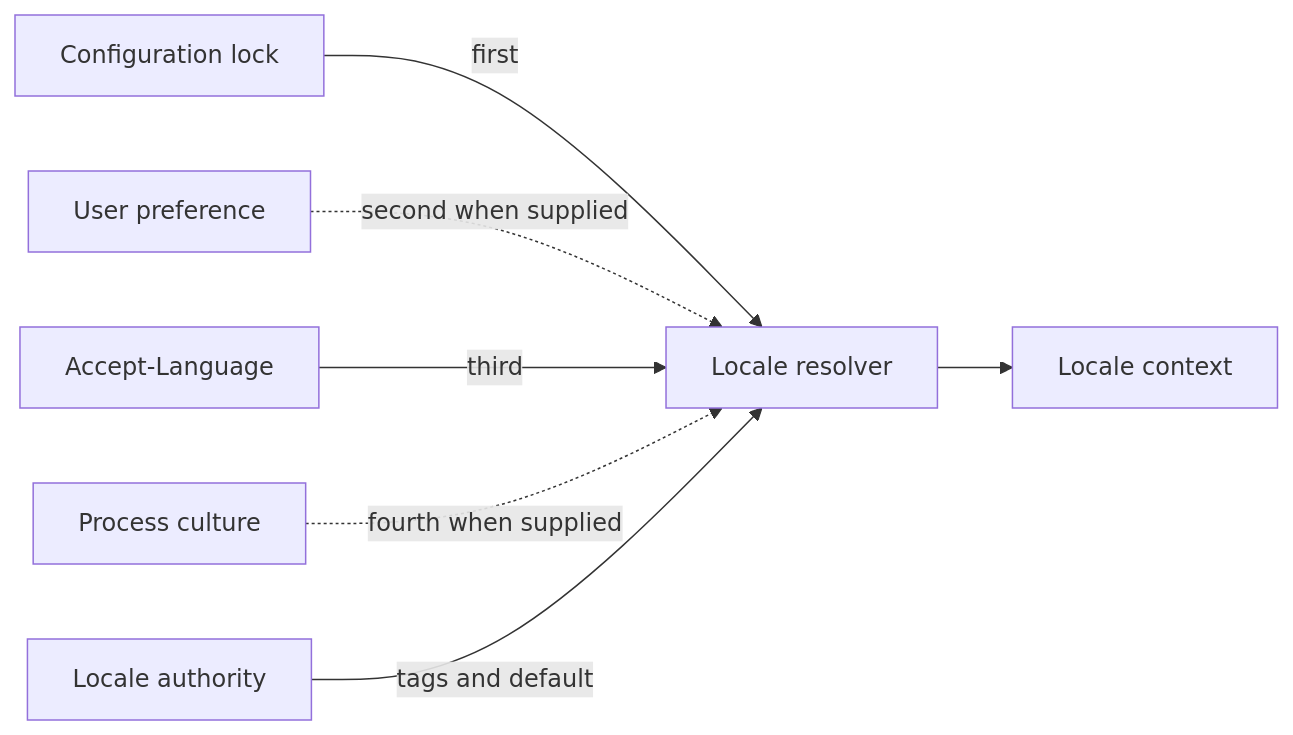
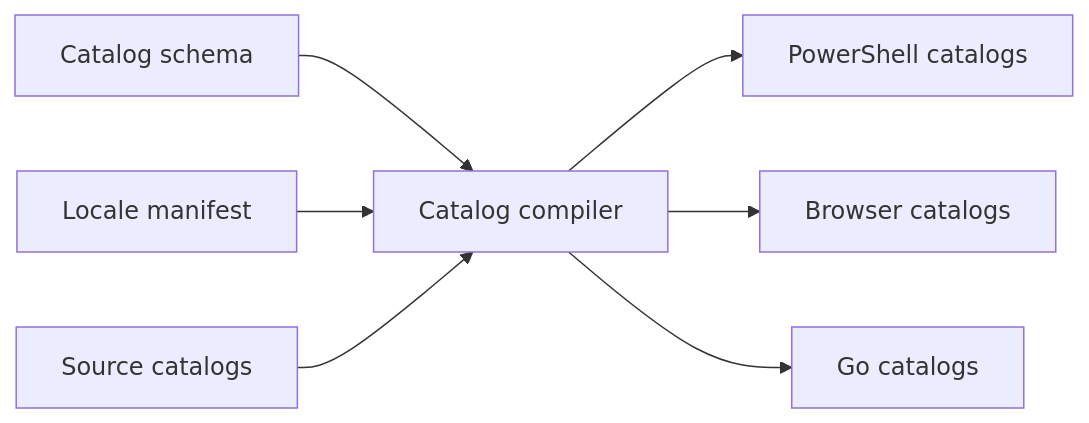
Before and after one commit to alissonsol/yuruna: the second of 4 diagrams in docs/design/07-globalization.md, drawn with Mermaid. The commit also changed other lines of this file and 901 other files, not shown here.

````diff
--- a/docs/design/07-globalization.md
+++ b/docs/design/07-globalization.md
@@ -129,19 +59,9 @@
 ```mermaid
 flowchart LR
-  config-language["Configuration lock"]
-  user-preference["User preference"]
-  accept-language["Accept-Language"]
-  process-culture["Process culture"]
-  locale-manifest["Locale authority"]
-  locale-resolver["Locale resolver"]
-  locale-context["Locale context"]
-
-  config-language -->|"first"| locale-resolver
-  %% optional -- generic API input; current HTTP adapters omit it
-  user-preference -.->|"second when supplied"| locale-resolver
-  accept-language -->|"third"| locale-resolver
-  %% optional -- generic API input; current HTTP adapters pass empty
-  process-culture -.->|"fourth when supplied"| locale-resolver
-  locale-manifest -->|"tags and default"| locale-resolver
-  locale-resolver --> locale-context
+    catalog-schema["Catalog schema"] --> invoke-catalog-compile["Catalog compiler"]
+    locale-manifest["Locale manifest"] --> invoke-catalog-compile
+    source-catalogs["Source catalogs"] --> invoke-catalog-compile
+    invoke-catalog-compile --> powershell-catalogs["PowerShell catalogs"]
+    invoke-catalog-compile --> browser-catalogs["Browser catalogs"]
+    invoke-catalog-compile --> go-catalogs["Go catalogs"]
 ```
````
